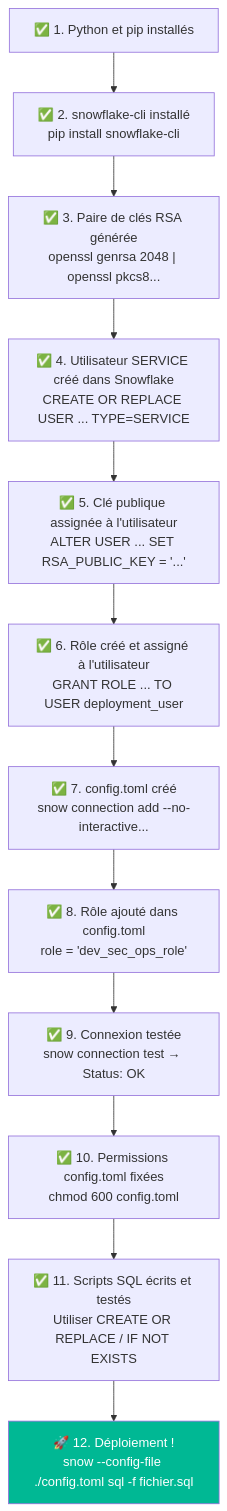
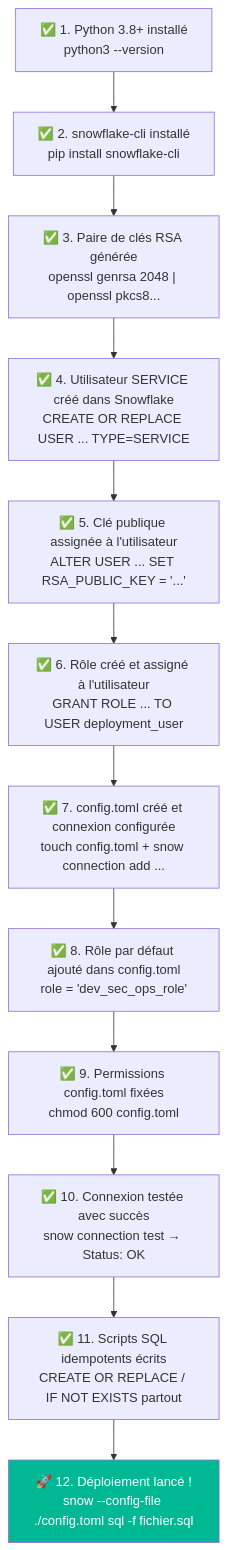
Before and after one commit to FaridChouchane/Boocamp_Analytics_Engineer_Ada: the ninth of 10 diagrams in Snowflake/Déploiement automatique avec Snowflake CLI/Reamde.md, drawn with Mermaid. The commit also changed other lines of this file, not shown here.

````diff
--- a/Snowflake/Déploiement automatique avec Snowflake CLI/Reamde.md
+++ b/Snowflake/Déploiement automatique avec Snowflake CLI/Reamde.md
@@ -1104,16 +1533,17 @@
 ```mermaid
 flowchart TD
-    S1["✅ 1. Python et pip installés"] --> S2["✅ 2. snowflake-cli installé<br/>pip install snowflake-cli"]
-    S2 --> S3["✅ 3. Paire de clés RSA générée<br/>openssl genrsa 2048 | openssl pkcs8..."]
-    S3 --> S4["✅ 4. Utilisateur SERVICE créé dans Snowflake<br/>CREATE OR REPLACE USER ... TYPE=SERVICE"]
-    S4 --> S5["✅ 5. Clé publique assignée à l'utilisateur<br/>ALTER USER ... SET RSA_PUBLIC_KEY = '...'"]
-    S5 --> S6["✅ 6. Rôle créé et assigné à l'utilisateur<br/>GRANT ROLE ... TO USER deployment_user"]
-    S6 --> S7["✅ 7. config.toml créé<br/>snow connection add --no-interactive..."]
-    S7 --> S8["✅ 8. Rôle ajouté dans config.toml<br/>role = 'dev_sec_ops_role'"]
-    S8 --> S9["✅ 9. Connexion testée<br/>snow connection test → Status: OK"]
-    S9 --> S10["✅ 10. Permissions config.toml fixées<br/>chmod 600 config.toml"]
-    S10 --> S11["✅ 11. Scripts SQL écrits et testés<br/>Utiliser CREATE OR REPLACE / IF NOT EXISTS"]
-    S11 --> S12["🚀 12. Déploiement !<br/>snow --config-file ./config.toml sql -f fichier.sql"]
+    S1["✅ 1. Python 3.8+ installé<br/>python3 --version"] --> S2
+    S2["✅ 2. snowflake-cli installé<br/>pip install snowflake-cli"] --> S3
+    S3["✅ 3. Paire de clés RSA générée<br/>openssl genrsa 2048 | openssl pkcs8..."] --> S4
+    S4["✅ 4. Utilisateur SERVICE créé dans Snowflake<br/>CREATE OR REPLACE USER ... TYPE=SERVICE"] --> S5
+    S5["✅ 5. Clé publique assignée à l'utilisateur<br/>ALTER USER ... SET RSA_PUBLIC_KEY = '...'"] --> S6
+    S6["✅ 6. Rôle créé et assigné à l'utilisateur<br/>GRANT ROLE ... TO USER deployment_user"] --> S7
+    S7["✅ 7. config.toml créé et connexion configurée<br/>touch config.toml + snow connection add ..."] --> S8
+    S8["✅ 8. Rôle par défaut ajouté dans config.toml<br/>role = 'dev_sec_ops_role'"] --> S9
+    S9["✅ 9. Permissions config.toml fixées<br/>chmod 600 config.toml"] --> S10
+    S10["✅ 10. Connexion testée avec succès<br/>snow connection test → Status: OK"] --> S11
+    S11["✅ 11. Scripts SQL idempotents écrits<br/>CREATE OR REPLACE / IF NOT EXISTS partout"] --> S12
+    S12["🚀 12. Déploiement lancé !<br/>snow --config-file ./config.toml sql -f fichier.sql"]
 
     style S12 fill:#00b894,color:#fff
 ```
````
